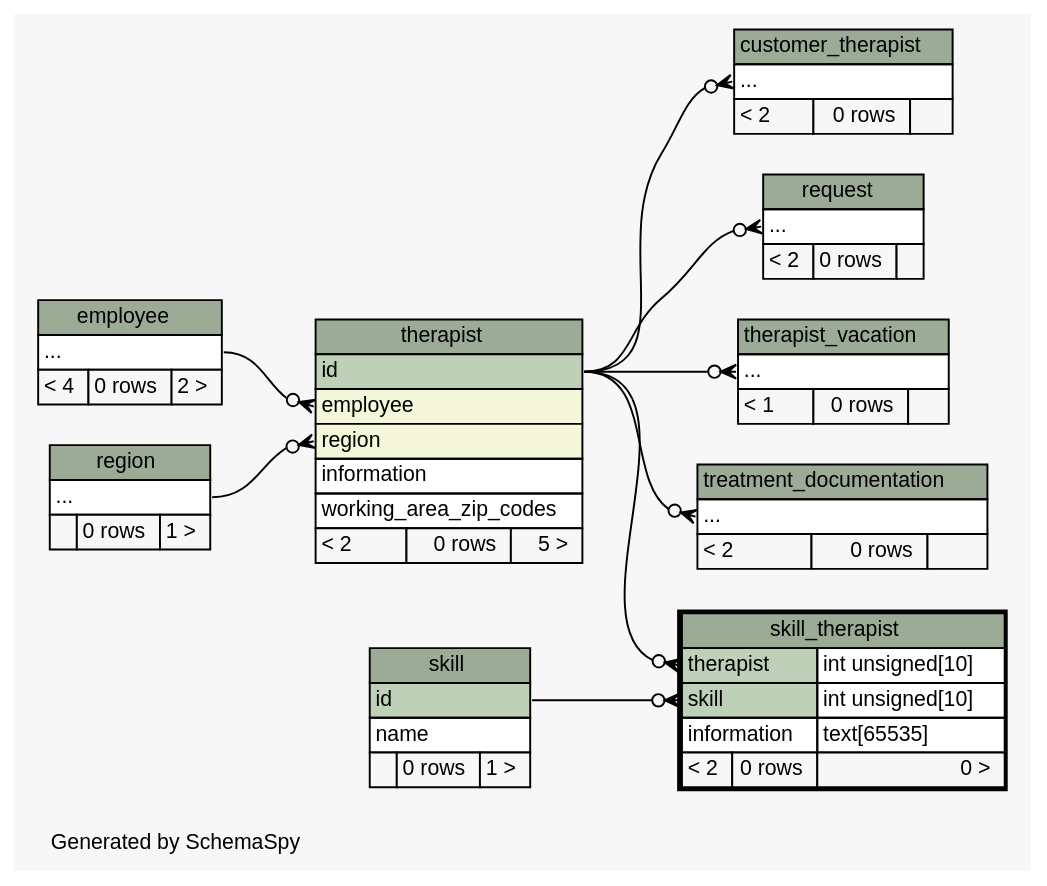
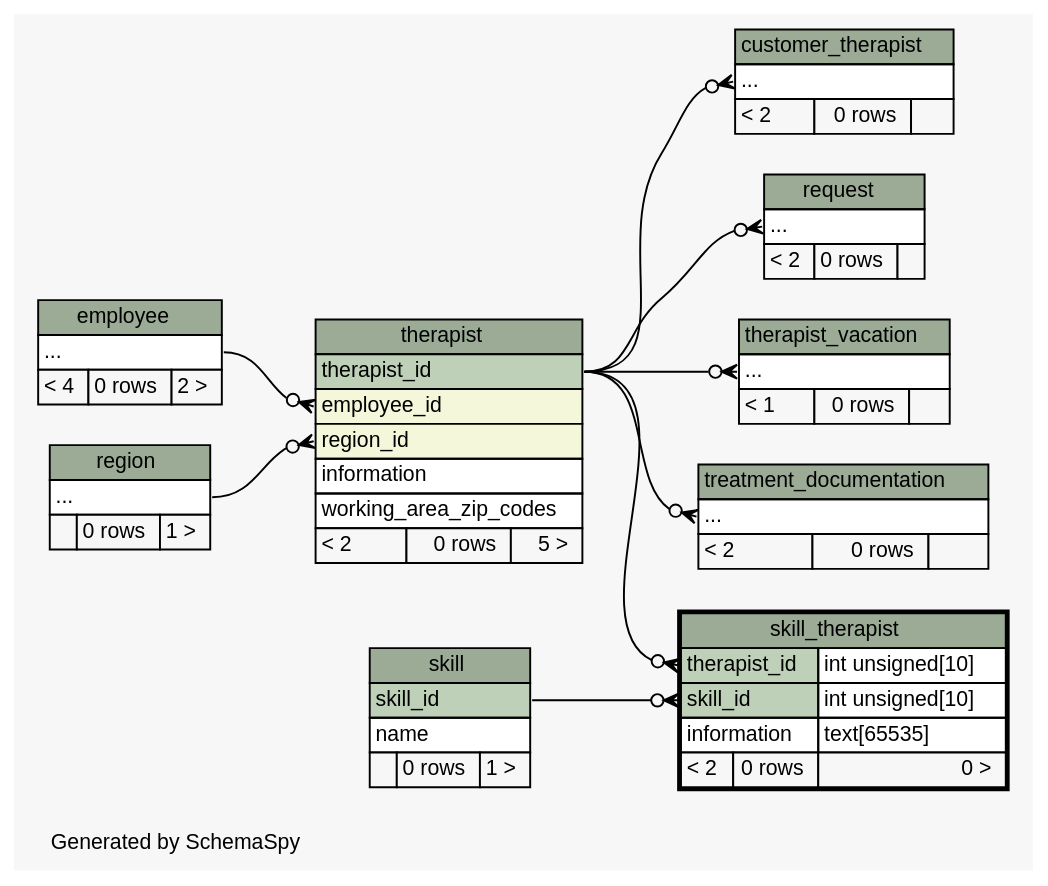
The diagram in diagrams/skill_therapist.2degrees.dot (KaiBMP/KaiBMP.github.io), drawn with Graphviz before and after one commit. The commit also changed 170 other files, not shown here.

Commit message:
schemaspy update

```diff
--- a/diagrams/skill_therapist.2degrees.dot
+++ b/diagrams/skill_therapist.2degrees.dot
@@ -1,127 +1,127 @@
 // dot 2.40.1 on Linux 5.3.0-28-generic
 // SchemaSpy rev 590
 digraph "twoDegreesRelationshipsDiagram" {
   graph [
     rankdir="RL"
     bgcolor="#f7f7f7"
     label="\nGenerated by SchemaSpy"
     labeljust="l"
     nodesep="0.18"
     ranksep="0.46"
     fontname="Helvetica"
     fontsize="11"
   ];
   node [
     fontname="Helvetica"
     fontsize="11"
     shape="plaintext"
   ];
   edge [
     arrowsize="0.8"
   ];
-  "customer_therapist":"elipses":w -> "therapist":"id":e [arrowhead=none dir=back arrowtail=crowodot];
-  "request":"elipses":w -> "therapist":"id":e [arrowhead=none dir=back arrowtail=crowodot];
-  "skill_therapist":"skill":w -> "skill":"id":e [arrowhead=none dir=back arrowtail=crowodot];
-  "skill_therapist":"therapist":w -> "therapist":"id":e [arrowhead=none dir=back arrowtail=crowodot];
-  "therapist":"employee":w -> "employee":"elipses":e [arrowhead=none dir=back arrowtail=crowodot];
-  "therapist":"region":w -> "region":"elipses":e [arrowhead=none dir=back arrowtail=crowodot];
-  "therapist_vacation":"elipses":w -> "therapist":"id":e [arrowhead=none dir=back arrowtail=crowodot];
-  "treatment_documentation":"elipses":w -> "therapist":"id":e [arrowhead=none dir=back arrowtail=crowodot];
+  "customer_therapist":"elipses":w -> "therapist":"therapist_id":e [arrowhead=none dir=back arrowtail=crowodot];
+  "request":"elipses":w -> "therapist":"therapist_id":e [arrowhead=none dir=back arrowtail=crowodot];
+  "skill_therapist":"skill_id":w -> "skill":"skill_id":e [arrowhead=none dir=back arrowtail=crowodot];
+  "skill_therapist":"therapist_id":w -> "therapist":"therapist_id":e [arrowhead=none dir=back arrowtail=crowodot];
+  "therapist":"employee_id":w -> "employee":"elipses":e [arrowhead=none dir=back arrowtail=crowodot];
+  "therapist":"region_id":w -> "region":"elipses":e [arrowhead=none dir=back arrowtail=crowodot];
+  "therapist_vacation":"elipses":w -> "therapist":"therapist_id":e [arrowhead=none dir=back arrowtail=crowodot];
+  "treatment_documentation":"elipses":w -> "therapist":"therapist_id":e [arrowhead=none dir=back arrowtail=crowodot];
   "customer_therapist" [
     label=<
     <TABLE BORDER="0" CELLBORDER="1" CELLSPACING="0" BGCOLOR="#ffffff">
       <TR><TD COLSPAN="3" BGCOLOR="#9bab96" ALIGN="CENTER">customer_therapist</TD></TR>
       <TR><TD PORT="elipses" COLSPAN="3" ALIGN="LEFT">...</TD></TR>
       <TR><TD ALIGN="LEFT" BGCOLOR="#f7f7f7">&lt; 2</TD><TD ALIGN="RIGHT" BGCOLOR="#f7f7f7">0 rows</TD><TD ALIGN="RIGHT" BGCOLOR="#f7f7f7">  </TD></TR>
     </TABLE>>
     URL="customer_therapist.html"
     tooltip="customer_therapist"
   ];
   "employee" [
     label=<
     <TABLE BORDER="0" CELLBORDER="1" CELLSPACING="0" BGCOLOR="#ffffff">
       <TR><TD COLSPAN="3" BGCOLOR="#9bab96" ALIGN="CENTER">employee</TD></TR>
       <TR><TD PORT="elipses" COLSPAN="3" ALIGN="LEFT">...</TD></TR>
       <TR><TD ALIGN="LEFT" BGCOLOR="#f7f7f7">&lt; 4</TD><TD ALIGN="RIGHT" BGCOLOR="#f7f7f7">0 rows</TD><TD ALIGN="RIGHT" BGCOLOR="#f7f7f7">2 &gt;</TD></TR>
     </TABLE>>
     URL="employee.html"
     tooltip="employee"
   ];
   "region" [
     label=<
     <TABLE BORDER="0" CELLBORDER="1" CELLSPACING="0" BGCOLOR="#ffffff">
       <TR><TD COLSPAN="3" BGCOLOR="#9bab96" ALIGN="CENTER">region</TD></TR>
       <TR><TD PORT="elipses" COLSPAN="3" ALIGN="LEFT">...</TD></TR>
       <TR><TD ALIGN="LEFT" BGCOLOR="#f7f7f7">  </TD><TD ALIGN="RIGHT" BGCOLOR="#f7f7f7">0 rows</TD><TD ALIGN="RIGHT" BGCOLOR="#f7f7f7">1 &gt;</TD></TR>
     </TABLE>>
     URL="region.html"
     tooltip="region"
   ];
   "request" [
     label=<
     <TABLE BORDER="0" CELLBORDER="1" CELLSPACING="0" BGCOLOR="#ffffff">
       <TR><TD COLSPAN="3" BGCOLOR="#9bab96" ALIGN="CENTER">request</TD></TR>
       <TR><TD PORT="elipses" COLSPAN="3" ALIGN="LEFT">...</TD></TR>
       <TR><TD ALIGN="LEFT" BGCOLOR="#f7f7f7">&lt; 2</TD><TD ALIGN="RIGHT" BGCOLOR="#f7f7f7">0 rows</TD><TD ALIGN="RIGHT" BGCOLOR="#f7f7f7">  </TD></TR>
     </TABLE>>
     URL="request.html"
     tooltip="request"
   ];
   "skill" [
     label=<
     <TABLE BORDER="0" CELLBORDER="1" CELLSPACING="0" BGCOLOR="#ffffff">
       <TR><TD COLSPAN="3" BGCOLOR="#9bab96" ALIGN="CENTER">skill</TD></TR>
-      <TR><TD PORT="id" COLSPAN="3" BGCOLOR="#bed1b8" ALIGN="LEFT">id</TD></TR>
+      <TR><TD PORT="skill_id" COLSPAN="3" BGCOLOR="#bed1b8" ALIGN="LEFT">skill_id</TD></TR>
       <TR><TD PORT="name" COLSPAN="3" ALIGN="LEFT">name</TD></TR>
       <TR><TD ALIGN="LEFT" BGCOLOR="#f7f7f7">  </TD><TD ALIGN="RIGHT" BGCOLOR="#f7f7f7">0 rows</TD><TD ALIGN="RIGHT" BGCOLOR="#f7f7f7">1 &gt;</TD></TR>
     </TABLE>>
     URL="skill.html"
     tooltip="skill"
   ];
   "skill_therapist" [
     label=<
     <TABLE BORDER="2" CELLBORDER="1" CELLSPACING="0" BGCOLOR="#ffffff">
       <TR><TD COLSPAN="3" BGCOLOR="#9bab96" ALIGN="CENTER">skill_therapist</TD></TR>
-      <TR><TD PORT="therapist" COLSPAN="2" BGCOLOR="#bed1b8" ALIGN="LEFT">therapist</TD><TD PORT="therapist.type" ALIGN="LEFT">int unsigned[10]</TD></TR>
-      <TR><TD PORT="skill" COLSPAN="2" BGCOLOR="#bed1b8" ALIGN="LEFT">skill</TD><TD PORT="skill.type" ALIGN="LEFT">int unsigned[10]</TD></TR>
+      <TR><TD PORT="therapist_id" COLSPAN="2" BGCOLOR="#bed1b8" ALIGN="LEFT">therapist_id</TD><TD PORT="therapist_id.type" ALIGN="LEFT">int unsigned[10]</TD></TR>
+      <TR><TD PORT="skill_id" COLSPAN="2" BGCOLOR="#bed1b8" ALIGN="LEFT">skill_id</TD><TD PORT="skill_id.type" ALIGN="LEFT">int unsigned[10]</TD></TR>
       <TR><TD PORT="information" COLSPAN="2" ALIGN="LEFT">information</TD><TD PORT="information.type" ALIGN="LEFT">text[65535]</TD></TR>
       <TR><TD ALIGN="LEFT" BGCOLOR="#f7f7f7">&lt; 2</TD><TD ALIGN="RIGHT" BGCOLOR="#f7f7f7">0 rows</TD><TD ALIGN="RIGHT" BGCOLOR="#f7f7f7">0 &gt;</TD></TR>
     </TABLE>>
     URL="skill_therapist.html"
     tooltip="skill_therapist"
   ];
   "therapist" [
     label=<
     <TABLE BORDER="0" CELLBORDER="1" CELLSPACING="0" BGCOLOR="#ffffff">
       <TR><TD COLSPAN="3" BGCOLOR="#9bab96" ALIGN="CENTER">therapist</TD></TR>
-      <TR><TD PORT="id" COLSPAN="3" BGCOLOR="#bed1b8" ALIGN="LEFT">id</TD></TR>
-      <TR><TD PORT="employee" COLSPAN="3" BGCOLOR="#f4f7da" ALIGN="LEFT">employee</TD></TR>
-      <TR><TD PORT="region" COLSPAN="3" BGCOLOR="#f4f7da" ALIGN="LEFT">region</TD></TR>
+      <TR><TD PORT="therapist_id" COLSPAN="3" BGCOLOR="#bed1b8" ALIGN="LEFT">therapist_id</TD></TR>
+      <TR><TD PORT="employee_id" COLSPAN="3" BGCOLOR="#f4f7da" ALIGN="LEFT">employee_id</TD></TR>
+      <TR><TD PORT="region_id" COLSPAN="3" BGCOLOR="#f4f7da" ALIGN="LEFT">region_id</TD></TR>
       <TR><TD PORT="information" COLSPAN="3" ALIGN="LEFT">information</TD></TR>
       <TR><TD PORT="working_area_zip_codes" COLSPAN="3" ALIGN="LEFT">working_area_zip_codes</TD></TR>
       <TR><TD ALIGN="LEFT" BGCOLOR="#f7f7f7">&lt; 2</TD><TD ALIGN="RIGHT" BGCOLOR="#f7f7f7">0 rows</TD><TD ALIGN="RIGHT" BGCOLOR="#f7f7f7">5 &gt;</TD></TR>
     </TABLE>>
     URL="therapist.html"
     tooltip="therapist"
   ];
   "therapist_vacation" [
     label=<
     <TABLE BORDER="0" CELLBORDER="1" CELLSPACING="0" BGCOLOR="#ffffff">
       <TR><TD COLSPAN="3" BGCOLOR="#9bab96" ALIGN="CENTER">therapist_vacation</TD></TR>
       <TR><TD PORT="elipses" COLSPAN="3" ALIGN="LEFT">...</TD></TR>
       <TR><TD ALIGN="LEFT" BGCOLOR="#f7f7f7">&lt; 1</TD><TD ALIGN="RIGHT" BGCOLOR="#f7f7f7">0 rows</TD><TD ALIGN="RIGHT" BGCOLOR="#f7f7f7">  </TD></TR>
     </TABLE>>
     URL="therapist_vacation.html"
     tooltip="therapist_vacation"
   ];
   "treatment_documentation" [
     label=<
     <TABLE BORDER="0" CELLBORDER="1" CELLSPACING="0" BGCOLOR="#ffffff">
       <TR><TD COLSPAN="3" BGCOLOR="#9bab96" ALIGN="CENTER">treatment_documentation</TD></TR>
       <TR><TD PORT="elipses" COLSPAN="3" ALIGN="LEFT">...</TD></TR>
       <TR><TD ALIGN="LEFT" BGCOLOR="#f7f7f7">&lt; 2</TD><TD ALIGN="RIGHT" BGCOLOR="#f7f7f7">0 rows</TD><TD ALIGN="RIGHT" BGCOLOR="#f7f7f7">  </TD></TR>
     </TABLE>>
     URL="treatment_documentation.html"
     tooltip="treatment_documentation"
   ];
 }
```
